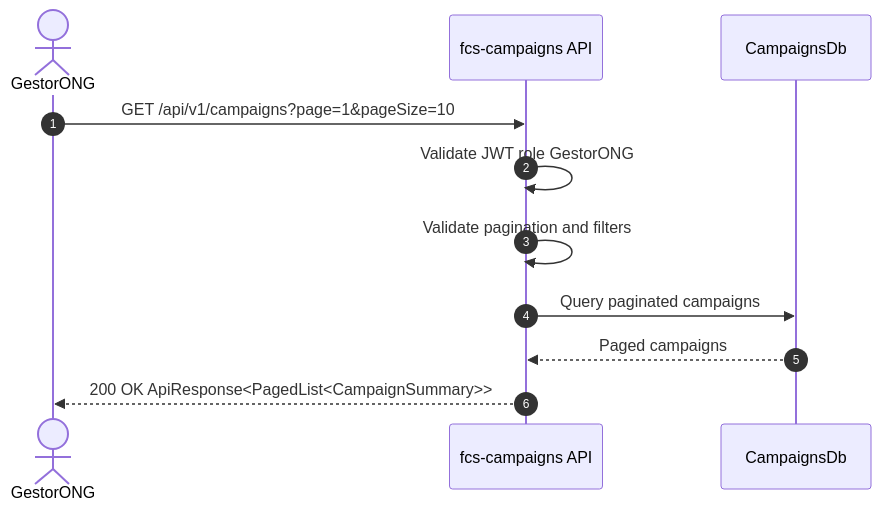
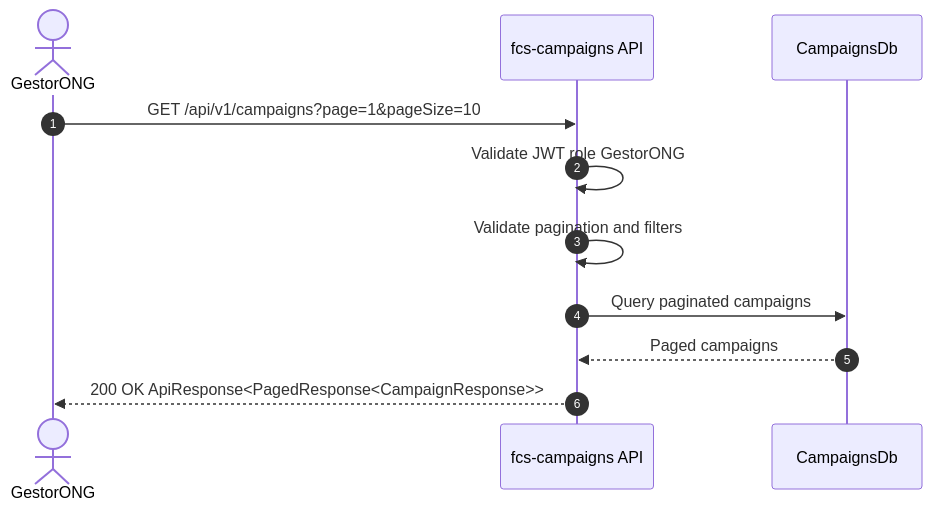
One commit to group10-tc-01/fcs-fase05-docs changed diagram 15 of 30 in architecture/endpoint-flows.md. Above: the diagram before and after it, drawn with Mermaid. The commit also changed other lines of this file and 2 other files, not shown here.

````diff
--- a/architecture/endpoint-flows.md
+++ b/architecture/endpoint-flows.md
@@ -300,14 +300,14 @@
 ```mermaid
 sequenceDiagram
     autonumber
     actor Manager as GestorONG
     participant CampaignsApi as fcs-campaigns API
     participant CampaignsDb as CampaignsDb
 
     Manager->>CampaignsApi: GET /api/v1/campaigns?page=1&pageSize=10
     CampaignsApi->>CampaignsApi: Validate JWT role GestorONG
     CampaignsApi->>CampaignsApi: Validate pagination and filters
     CampaignsApi->>CampaignsDb: Query paginated campaigns
     CampaignsDb-->>CampaignsApi: Paged campaigns
-    CampaignsApi-->>Manager: 200 OK ApiResponse<PagedList<CampaignSummary>>
+    CampaignsApi-->>Manager: 200 OK ApiResponse<PagedResponse<CampaignResponse>>
 ```
````
